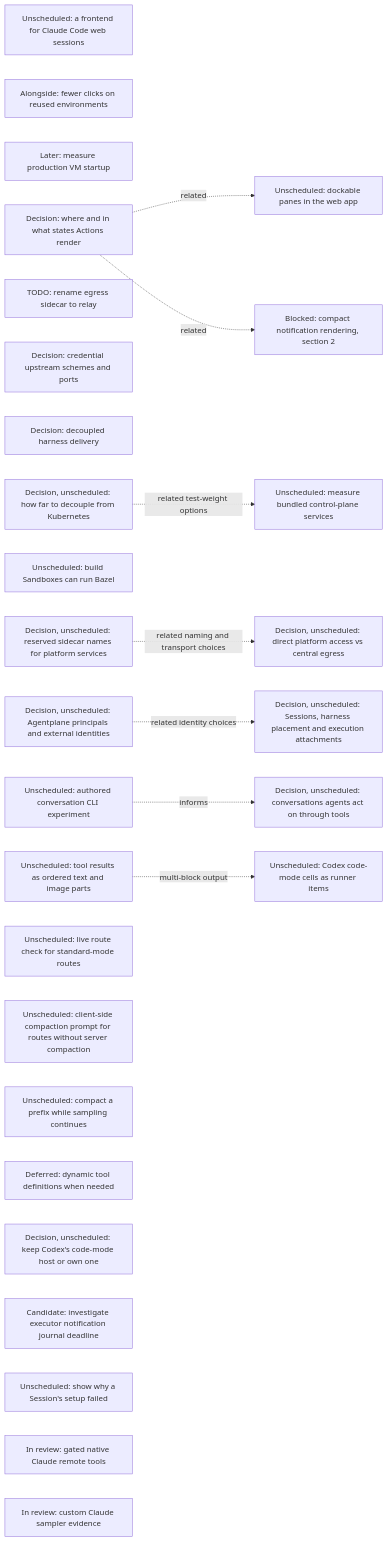
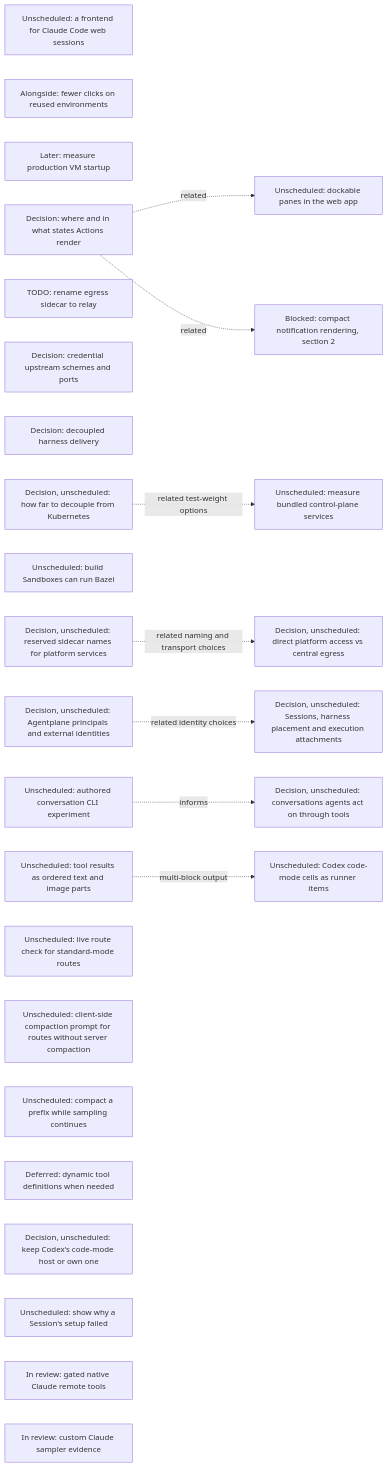
Before and after one commit to agentydragon/ducktape: the eighth of 20 diagrams in agentplane/plans/task_dag.md, drawn with Mermaid. The commit also changed other lines of this file and 1 other file, not shown here.

First line of the commit message:
Record sampler and running-status progress; freeze the journal deadline

````diff
--- a/agentplane/plans/task_dag.md
+++ b/agentplane/plans/task_dag.md
@@ -1123,38 +1123,37 @@
 ```mermaid
 flowchart LR
     CLAUDE_CODE_WEB_BRIDGE[Unscheduled: a frontend for Claude Code web sessions]
     SESSION_LAUNCH_FRICTION[Alongside: fewer clicks on reused environments]
     VM_STARTUP_LATENCY[Later: measure production VM startup]
     ACTION_SURFACES_DESIGN[Decision: where and in what states Actions render]
     EGRESS_RELAY_RENAME[TODO: rename egress sidecar to relay]
     EGRESS_CREDENTIAL_TRANSPORT_DESIGN[Decision: credential upstream schemes and ports]
     RUNNER_HARNESS_DELIVERY_DESIGN[Decision: decoupled harness delivery]
     K3S_BUNDLED_SERVICES_SPIKE[Unscheduled: measure bundled control-plane services]
     KUBERNETES_DECOUPLING_DESIGN[Decision, unscheduled: how far to decouple from Kubernetes]
     KUBERNETES_DECOUPLING_DESIGN -. related test-weight options .-> K3S_BUNDLED_SERVICES_SPIKE
     DOCKABLE_PANES[Unscheduled: dockable panes in the web app]
     ACTION_SURFACES_DESIGN -. related .-> DOCKABLE_PANES
     NOTIFICATION_PRESENTATION[Blocked: compact notification rendering, section 2]
     ACTION_SURFACES_DESIGN -. related .-> NOTIFICATION_PRESENTATION
     BUILD_BOX_BAZEL[Unscheduled: build Sandboxes can run Bazel]
     PLATFORM_SERVICE_NAMES_DESIGN[Decision, unscheduled: reserved sidecar names for platform services]
     PLATFORM_SERVICE_ROUTING_DESIGN[Decision, unscheduled: direct platform access vs central egress]
     PLATFORM_SERVICE_NAMES_DESIGN -. related naming and transport choices .-> PLATFORM_SERVICE_ROUTING_DESIGN
     SESSION_RUNTIME_MODEL_DESIGN[Decision, unscheduled: Sessions, harness placement and execution attachments]
     AGENT_PRINCIPAL_MODEL_DESIGN[Decision, unscheduled: Agentplane principals and external identities]
     AGENT_PRINCIPAL_MODEL_DESIGN -. related identity choices .-> SESSION_RUNTIME_MODEL_DESIGN
     AGENT_AUTHORED_CONVERSATIONS_DESIGN[Decision, unscheduled: conversations agents act on through tools]
     AGENT_AUTHORED_CONVERSATIONS_EXPERIMENT[Unscheduled: authored conversation CLI experiment]
     AGENT_AUTHORED_CONVERSATIONS_EXPERIMENT -. informs .-> AGENT_AUTHORED_CONVERSATIONS_DESIGN
     STRUCTURED_TOOL_OUTPUT[Unscheduled: tool results as ordered text and image parts]
     STRUCTURED_TOOL_OUTPUT -. multi-block output .-> CODEX_CODE_MODE_CELLS[Unscheduled: Codex code-mode cells as runner items]
     CENTRAL_SAMPLER_MODEL_CAPABILITIES[Unscheduled: live route check for standard-mode routes]
     CENTRAL_SAMPLER_PROMPT_COMPACTION[Unscheduled: client-side compaction prompt for routes without server compaction]
     CENTRAL_SAMPLER_BACKGROUND_COMPACTION[Unscheduled: compact a prefix while sampling continues]
     CENTRAL_SAMPLER_DYNAMIC_TOOLS[Deferred: dynamic tool definitions when needed]
     CODE_MODE_HOST_DESIGN[Decision, unscheduled: keep Codex's code-mode host or own one]
-    SAMPLER_NOTIFICATION_JOURNAL[Candidate: investigate executor notification journal deadline]
     SESSION_SETUP_FAILURE_CAUSE[Unscheduled: show why a Session's setup failed]
     CLAUDE_REMOTE_EXECUTION_SPIKE[In review: gated native Claude remote tools]
     CLAUDE_CUSTOM_SAMPLER[In review: custom Claude sampler evidence]
 ```
````
